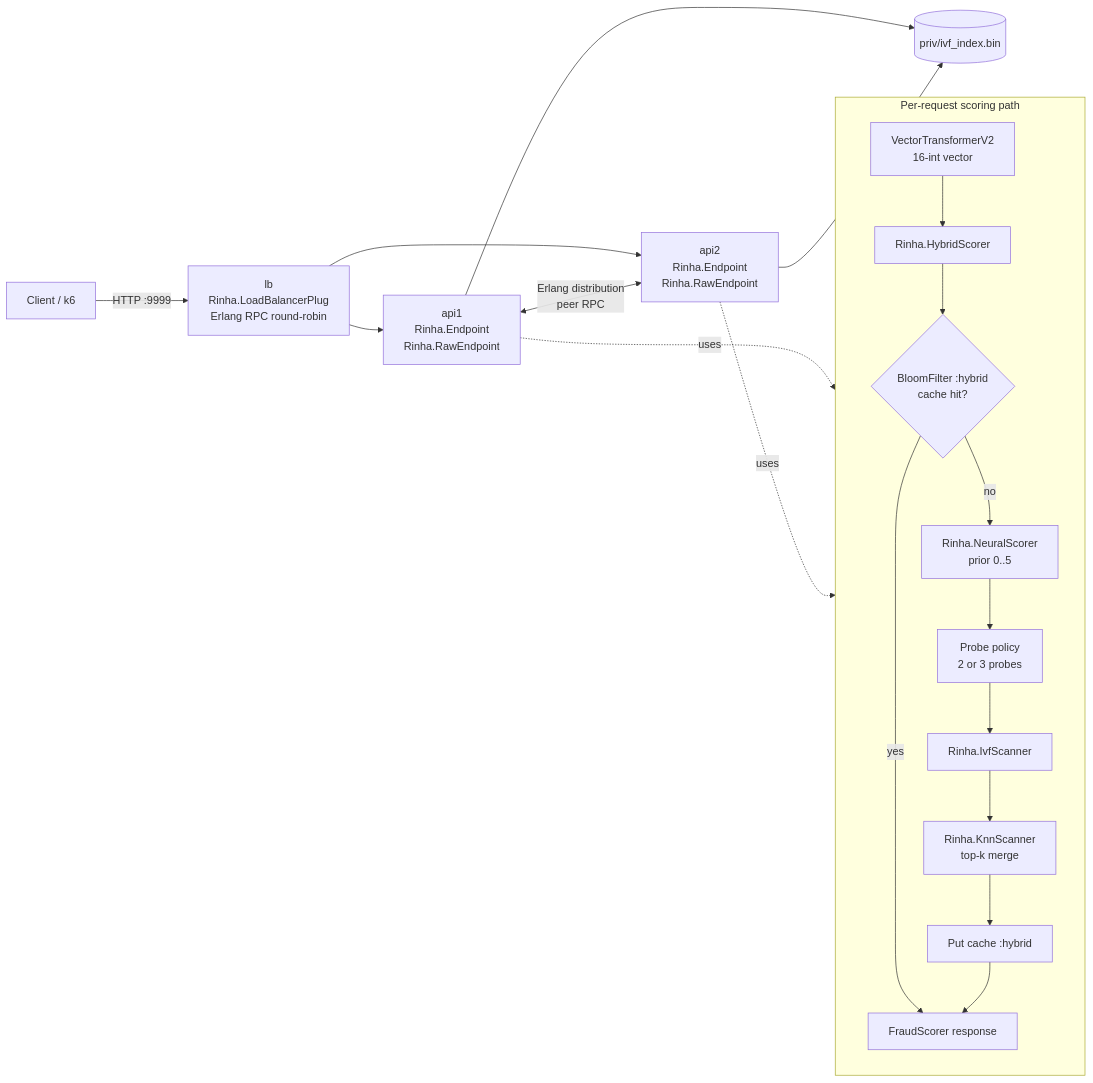
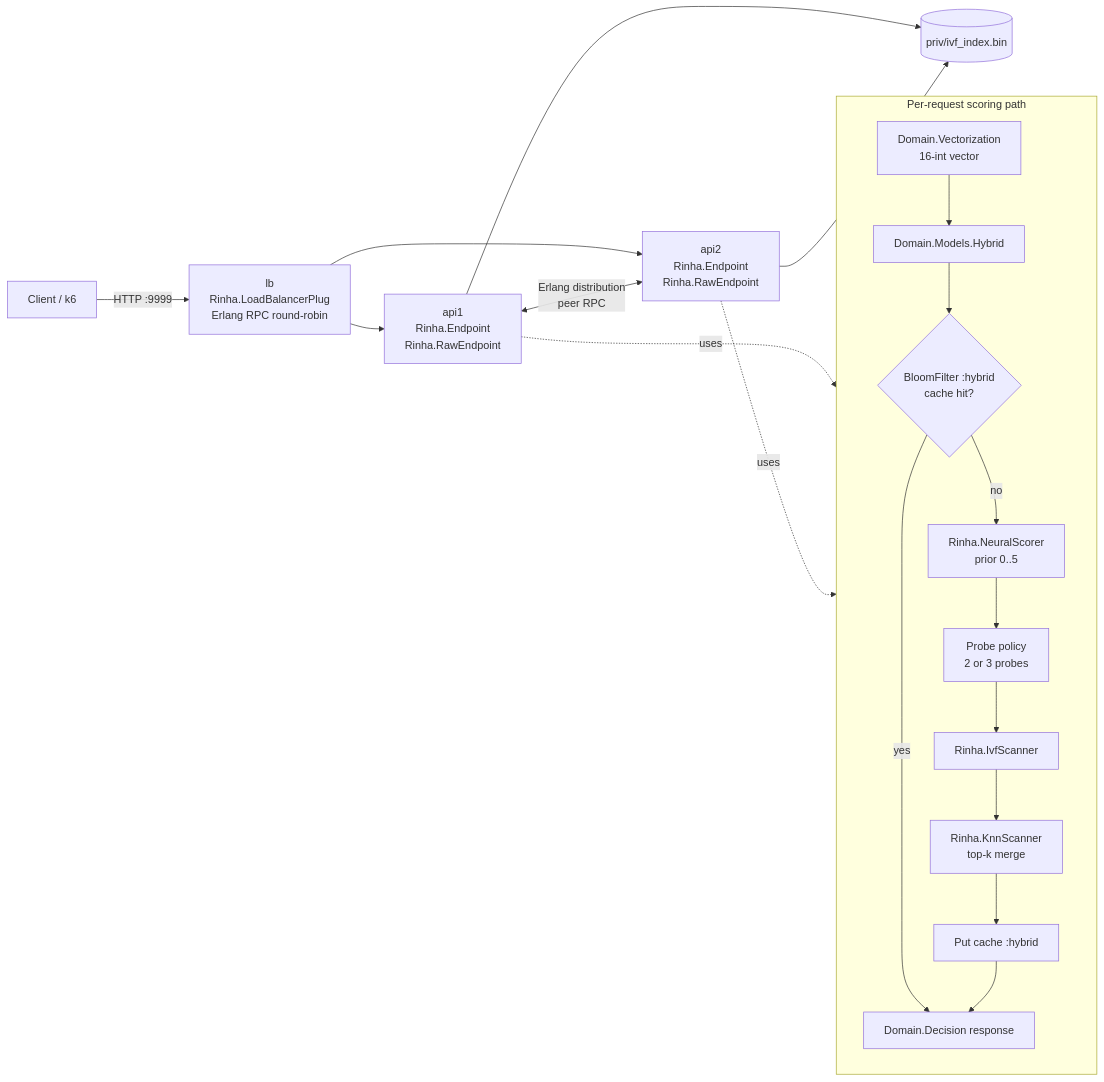
The diagram in README.md (renatovico/rinha-elixir-pure), drawn with Mermaid before and after one commit. The commit also changed other lines of this file and 45 other files, not shown here.

Commit message:
Refactor app into layered architecture

````diff
--- a/README.md
+++ b/README.md
@@ -22,26 +22,26 @@
 ```mermaid
 flowchart LR
     Client[Client / k6] -->|HTTP :9999| LB[lb\nRinha.LoadBalancerPlug\nErlang RPC round-robin]
     LB --> API1[api1\nRinha.Endpoint\nRinha.RawEndpoint]
     LB --> API2[api2\nRinha.Endpoint\nRinha.RawEndpoint]
 
     API1 <-->|Erlang distribution\npeer RPC| API2
 
     subgraph ScoringPath[Per-request scoring path]
-      V[VectorTransformerV2\n16-int vector] --> H[Rinha.HybridScorer]
+      V[Domain.Vectorization\n16-int vector] --> H[Domain.Models.Hybrid]
       H --> B{BloomFilter :hybrid\ncache hit?}
-      B -->|yes| R[FraudScorer response]
+      B -->|yes| R[Domain.Decision response]
       B -->|no| N[Rinha.NeuralScorer\nprior 0..5]
       N --> P[Probe policy\n2 or 3 probes]
       P --> I[Rinha.IvfScanner]
       I --> K[Rinha.KnnScanner\ntop-k merge]
       K --> C[Put cache :hybrid]
       C --> R
     end
 
     API1 -. uses .-> ScoringPath
     API2 -. uses .-> ScoringPath
 
     API1 --> IVF[(priv/ivf_index.bin)]
     API2 --> IVF
 ```
````
